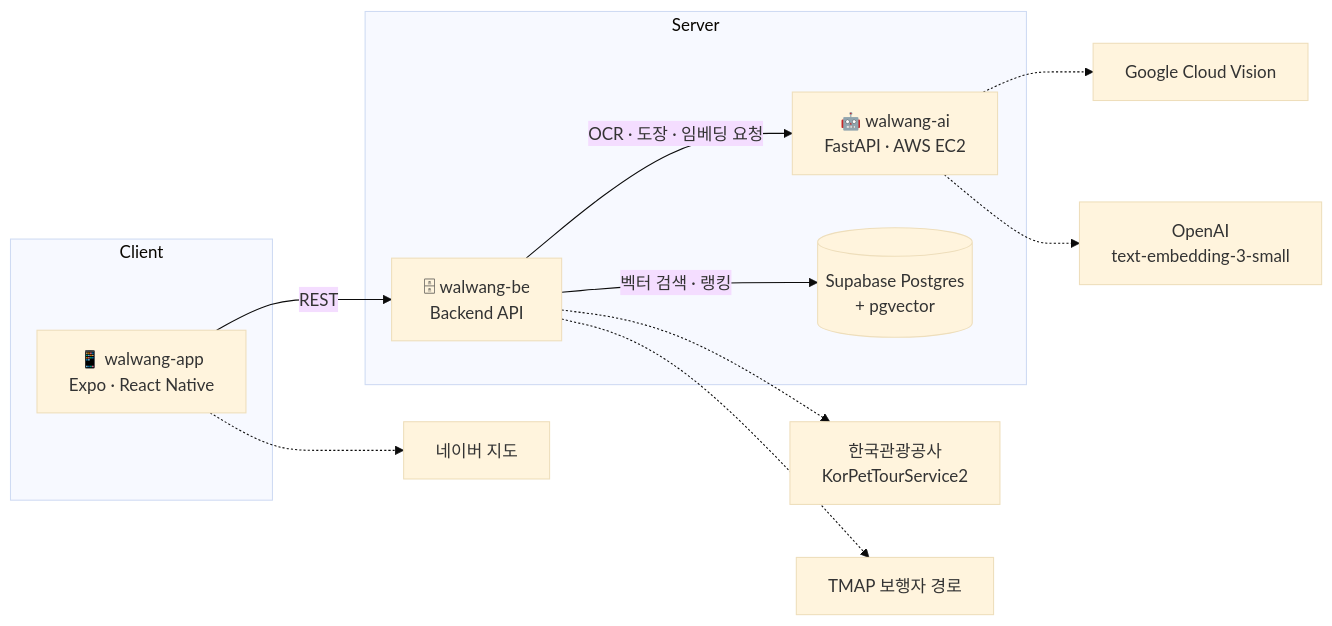
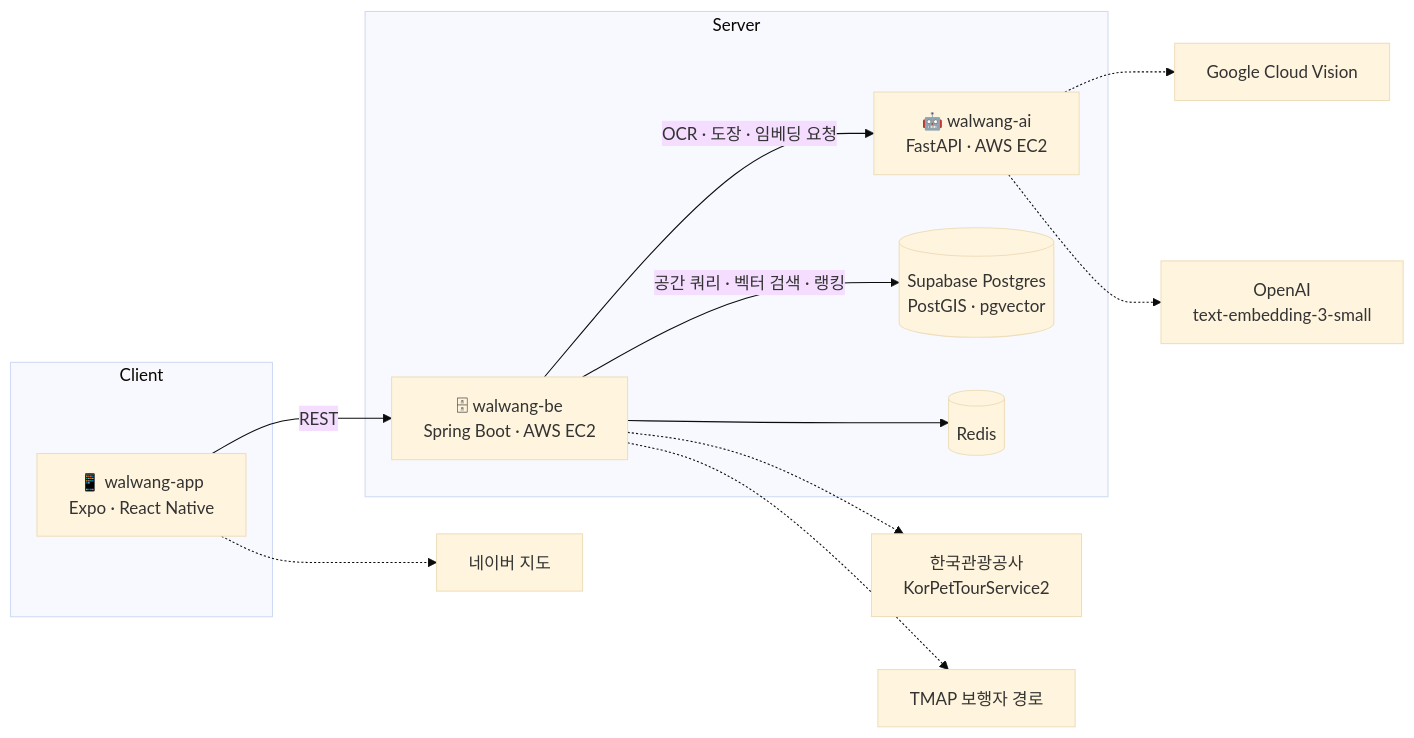
The second of 2 diagrams in README.md (KTO-TourData-2026/walwang-app), drawn with Mermaid (base theme) before and after one commit. The commit also changed other lines of this file, not shown here.

````diff
--- a/README.md
+++ b/README.md
@@ -264,19 +246,21 @@
 ```mermaid
 flowchart LR
     subgraph Client
         APP["📱 walwang-app<br/>Expo · React Native"]
     end
     subgraph Server
-        BE["🗄 walwang-be<br/>Backend API"]
+        BE["🗄 walwang-be<br/>Spring Boot · AWS EC2"]
         AI["🤖 walwang-ai<br/>FastAPI · AWS EC2"]
-        DB[("Supabase Postgres<br/>+ pgvector")]
+        DB[("Supabase Postgres<br/>PostGIS · pgvector")]
+        REDIS[("Redis")]
     end
     APP -->|REST| BE
     BE -->|OCR · 도장 · 임베딩 요청| AI
-    BE -->|벡터 검색 · 랭킹| DB
+    BE -->|공간 쿼리 · 벡터 검색 · 랭킹| DB
+    BE --> REDIS
     APP -.-> NAVER["네이버 지도"]
     BE -.-> KTO["한국관광공사<br/>KorPetTourService2"]
     BE -.-> TMAP["TMAP 보행자 경로"]
     AI -.-> VISION["Google Cloud Vision"]
     AI -.-> OPENAI["OpenAI<br/>text-embedding-3-small"]
 ```
````
